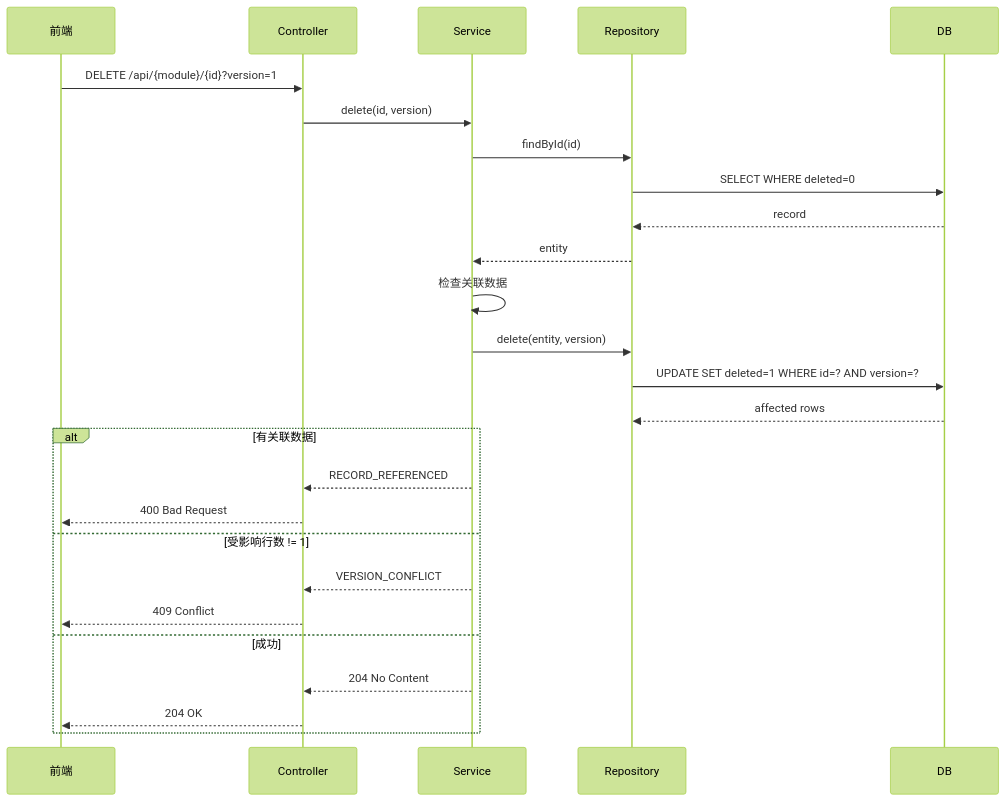
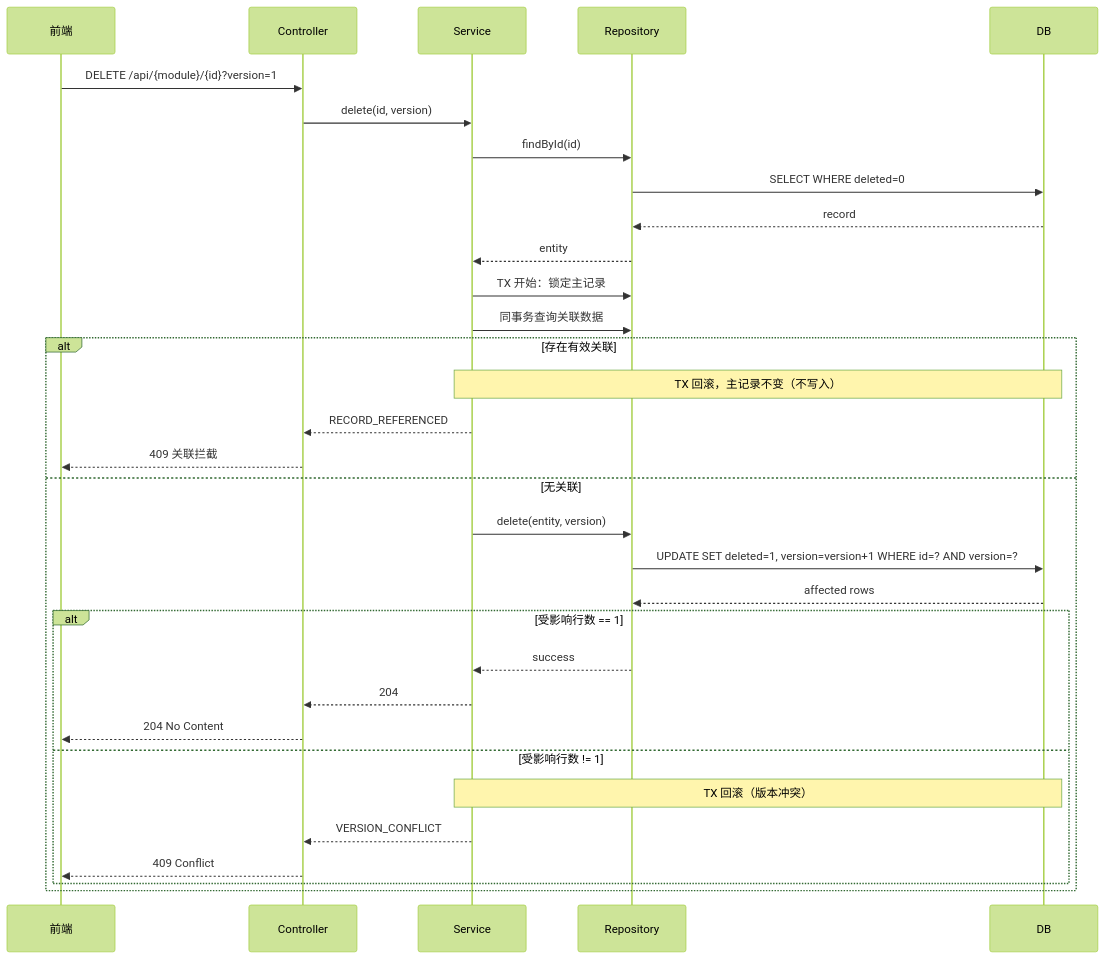
One commit to loveliunian/agent-skills changed the fifth of 5 diagrams in devflow/templates/详细设计-总分分文档-模板.md. Above: the diagram before and after it, drawn with Mermaid (forest theme). The commit also changed other lines of this file and 144 other files, not shown here.

````diff
--- a/devflow/templates/详细设计-总分分文档-模板.md
+++ b/devflow/templates/详细设计-总分分文档-模板.md
@@ -405,29 +434,35 @@
 ```mermaid
 sequenceDiagram
     participant 前端
     participant Controller
     participant Service
     participant Repository
     participant DB
 
     前端->>Controller: DELETE /api/{module}/{id}?version=1
     Controller->>Service: delete(id, version)
     Service->>Repository: findById(id)
     Repository->>DB: SELECT WHERE deleted=0
     DB-->>Repository: record
     Repository-->>Service: entity
-    Service->>Service: 检查关联数据
-    Service->>Repository: delete(entity, version)
-    Repository->>DB: UPDATE SET deleted=1 WHERE id=? AND version=?
-    DB-->>Repository: affected rows
-    alt 有关联数据
+    Service->>Repository: TX 开始：锁定主记录
+    Service->>Repository: 同事务查询关联数据
+    alt 存在有效关联
+        note over Service,DB: TX 回滚，主记录不变（不写入）
         Service-->>Controller: RECORD_REFERENCED
-        Controller-->>前端: 400 Bad Request
-    else 受影响行数 != 1
-        Service-->>Controller: VERSION_CONFLICT
-        Controller-->>前端: 409 Conflict
-    else 成功
-        Service-->>Controller: 204 No Content
-        Controller-->>前端: 204 OK
+        Controller-->>前端: 409 关联拦截
+    else 无关联
+        Service->>Repository: delete(entity, version)
+        Repository->>DB: UPDATE SET deleted=1, version=version+1 WHERE id=? AND version=?
+        DB-->>Repository: affected rows
+        alt 受影响行数 == 1
+            Repository-->>Service: success
+            Service-->>Controller: 204
+            Controller-->>前端: 204 No Content
+        else 受影响行数 != 1
+            note over Service,DB: TX 回滚（版本冲突）
+            Service-->>Controller: VERSION_CONFLICT
+            Controller-->>前端: 409 Conflict
+        end
     end
 ```
````
